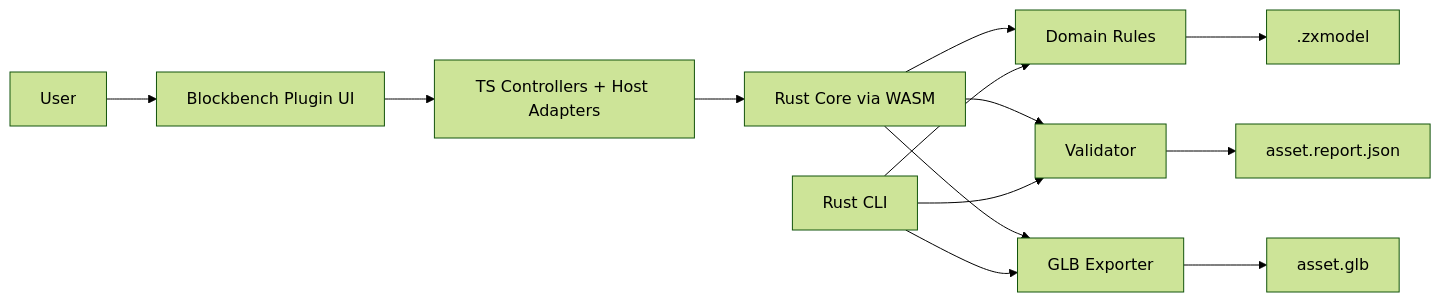
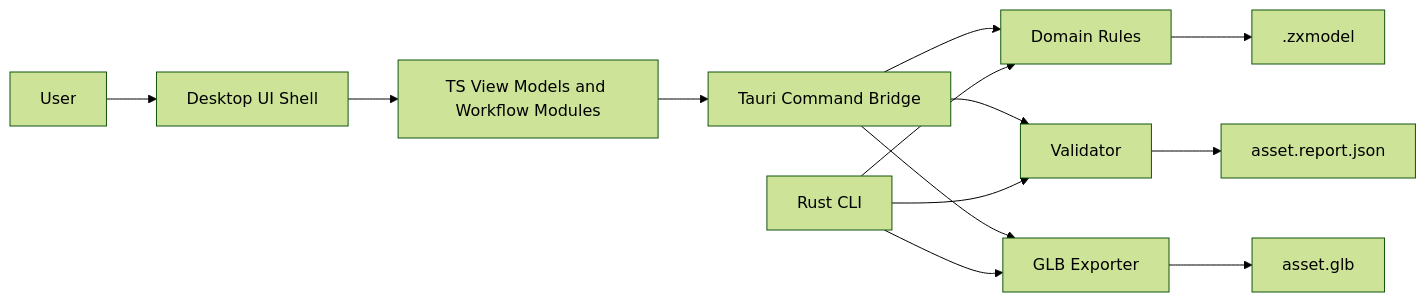
One commit to RobDavenport/polybash changed the first of 2 diagrams in MASTER_SPEC.md. Above: the diagram before and after it, drawn with Mermaid (forest theme). The commit also changed other lines of this file and 74 other files, not shown here.

````diff
--- a/MASTER_SPEC.md
+++ b/MASTER_SPEC.md
@@ -631,15 +636,15 @@
 ```mermaid
 flowchart LR
-  U[User] --> BB[Blockbench Plugin UI]
-  BB --> CTRL[TS Controllers + Host Adapters]
-  CTRL --> WASM[Rust Core via WASM]
-  WASM --> DOM[Domain Rules]
-  WASM --> VAL[Validator]
-  WASM --> EXP[GLB Exporter]
+  U[User] --> UI[Desktop UI Shell]
+  UI --> VM[TS View Models and Workflow Modules]
+  VM --> TAURI[Tauri Command Bridge]
+  TAURI --> DOM[Domain Rules]
+  TAURI --> VAL[Validator]
+  TAURI --> EXP[GLB Exporter]
   DOM --> ZX[.zxmodel]
   VAL --> RPT[asset.report.json]
   EXP --> GLB[asset.glb]
   CLI[Rust CLI] --> DOM
   CLI --> VAL
   CLI --> EXP
 ```
````
